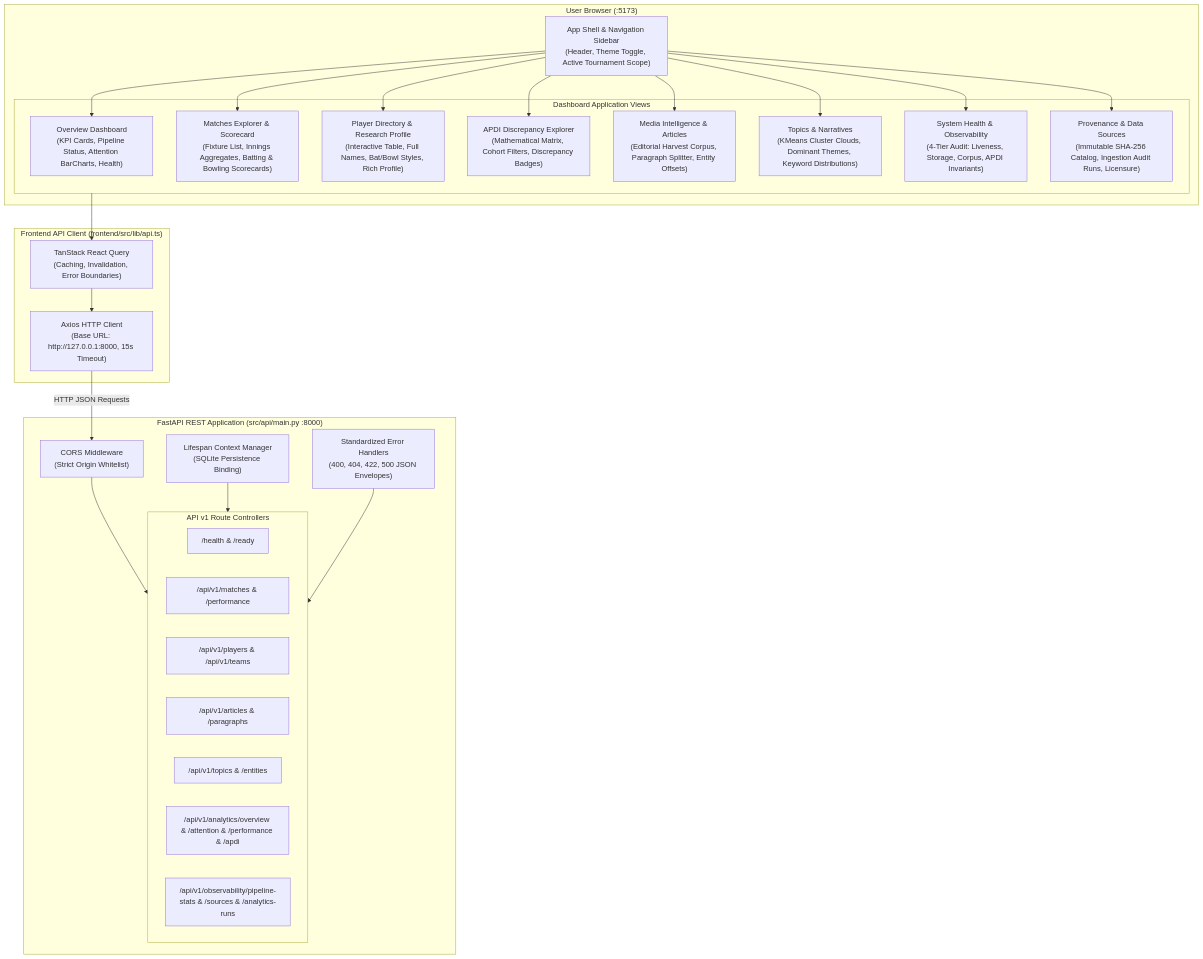
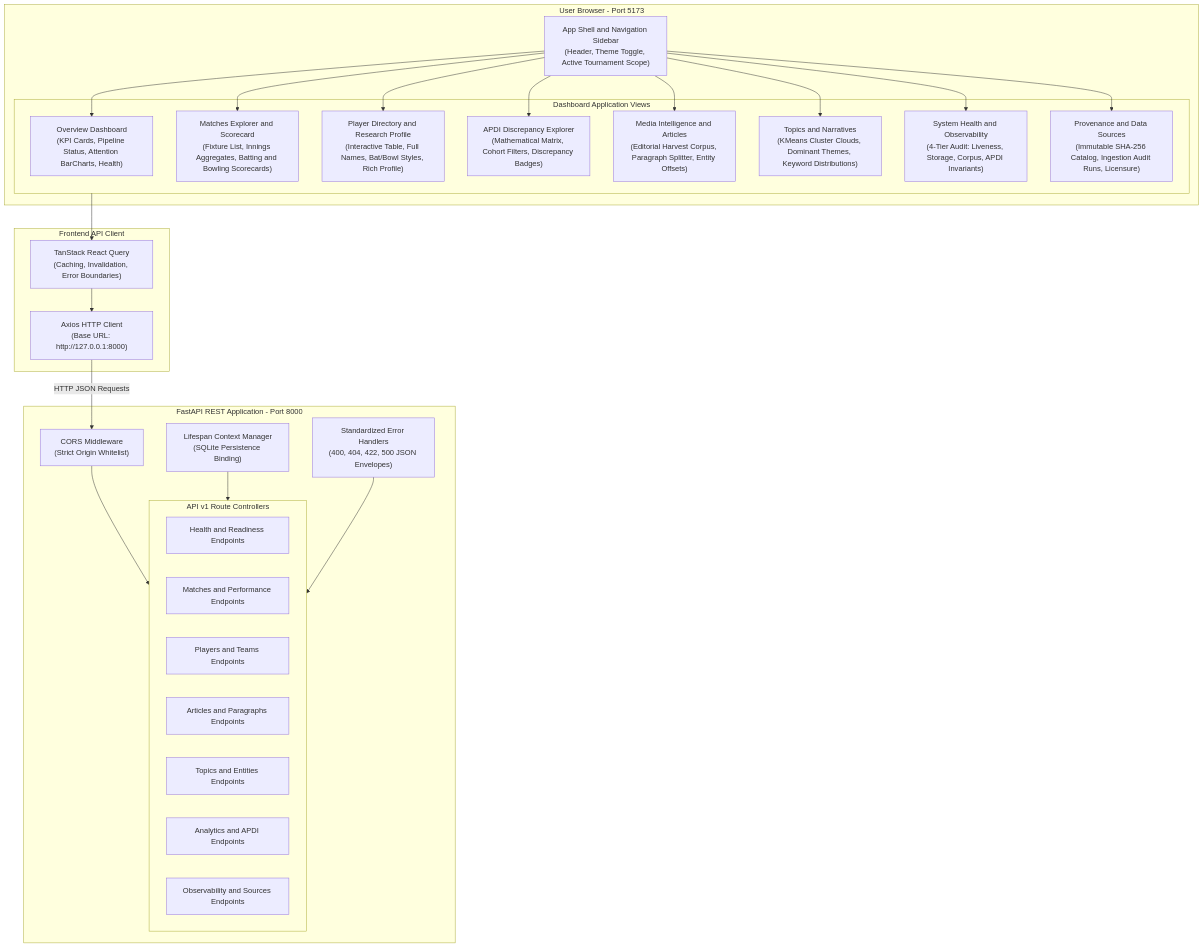
Before and after one commit to Ritesh-panda/T20-Cricket-Intelligence-Platform: the sixth of 7 diagrams in README.md, drawn with Mermaid. The commit also changed other lines of this file, not shown here.

Commit message:
docs(readme): fix GitHub Mermaid syntax errors across all architectural diagrams

````diff
--- a/README.md
+++ b/README.md
@@ -354,56 +354,56 @@
 ```mermaid
 flowchart TB
-    subgraph Browser["User Browser (:5173)"]
-        SHELL["App Shell & Navigation Sidebar\n(Header, Theme Toggle, Active Tournament Scope)"]
+    subgraph Browser["User Browser - Port 5173"]
+        SHELL["App Shell and Navigation Sidebar<br/>(Header, Theme Toggle, Active Tournament Scope)"]
         
         subgraph Views["Dashboard Application Views"]
-            V1["Overview Dashboard\n(KPI Cards, Pipeline Status, Attention BarCharts, Health)"]
-            V2["Matches Explorer & Scorecard\n(Fixture List, Innings Aggregates, Batting & Bowling Scorecards)"]
-            V3["Player Directory & Research Profile\n(Interactive Table, Full Names, Bat/Bowl Styles, Rich Profile)"]
-            V4["APDI Discrepancy Explorer\n(Mathematical Matrix, Cohort Filters, Discrepancy Badges)"]
-            V5["Media Intelligence & Articles\n(Editorial Harvest Corpus, Paragraph Splitter, Entity Offsets)"]
-            V6["Topics & Narratives\n(KMeans Cluster Clouds, Dominant Themes, Keyword Distributions)"]
-            V7["System Health & Observability\n(4-Tier Audit: Liveness, Storage, Corpus, APDI Invariants)"]
-            V8["Provenance & Data Sources\n(Immutable SHA-256 Catalog, Ingestion Audit Runs, Licensure)"]
+            V1["Overview Dashboard<br/>(KPI Cards, Pipeline Status, Attention BarCharts, Health)"]
+            V2["Matches Explorer and Scorecard<br/>(Fixture List, Innings Aggregates, Batting and Bowling Scorecards)"]
+            V3["Player Directory and Research Profile<br/>(Interactive Table, Full Names, Bat/Bowl Styles, Rich Profile)"]
+            V4["APDI Discrepancy Explorer<br/>(Mathematical Matrix, Cohort Filters, Discrepancy Badges)"]
+            V5["Media Intelligence and Articles<br/>(Editorial Harvest Corpus, Paragraph Splitter, Entity Offsets)"]
+            V6["Topics and Narratives<br/>(KMeans Cluster Clouds, Dominant Themes, Keyword Distributions)"]
+            V7["System Health and Observability<br/>(4-Tier Audit: Liveness, Storage, Corpus, APDI Invariants)"]
+            V8["Provenance and Data Sources<br/>(Immutable SHA-256 Catalog, Ingestion Audit Runs, Licensure)"]
         end
 
         SHELL --> V1
         SHELL --> V2
         SHELL --> V3
         SHELL --> V4
         SHELL --> V5
         SHELL --> V6
         SHELL --> V7
         SHELL --> V8
     end
 
-    subgraph ClientLib["Frontend API Client (frontend/src/lib/api.ts)"]
-        RQ["TanStack React Query\n(Caching, Invalidation, Error Boundaries)"]
-        AXIOS["Axios HTTP Client\n(Base URL: http://127.0.0.1:8000, 15s Timeout)"]
+    subgraph ClientLib["Frontend API Client"]
+        RQ["TanStack React Query<br/>(Caching, Invalidation, Error Boundaries)"]
+        AXIOS["Axios HTTP Client<br/>(Base URL: http://127.0.0.1:8000)"]
         RQ --> AXIOS
     end
 
     Views --> RQ
 
-    subgraph BackendAPI["FastAPI REST Application (src/api/main.py :8000)"]
-        CORS["CORS Middleware\n(Strict Origin Whitelist)"]
-        LIFE["Lifespan Context Manager\n(SQLite Persistence Binding)"]
-        ERR["Standardized Error Handlers\n(400, 404, 422, 500 JSON Envelopes)"]
+    subgraph BackendAPI["FastAPI REST Application - Port 8000"]
+        CORS["CORS Middleware<br/>(Strict Origin Whitelist)"]
+        LIFE["Lifespan Context Manager<br/>(SQLite Persistence Binding)"]
+        ERR["Standardized Error Handlers<br/>(400, 404, 422, 500 JSON Envelopes)"]
         
         subgraph Routers["API v1 Route Controllers"]
-            R_HEALTH["/health & /ready"]
-            R_MATCH["/api/v1/matches & /performance"]
-            R_PLAY["/api/v1/players & /api/v1/teams"]
-            R_ART["/api/v1/articles & /paragraphs"]
-            R_NLP["/api/v1/topics & /entities"]
-            R_ANLY["/api/v1/analytics/overview & /attention & /performance & /apdi"]
-            R_OBS["/api/v1/observability/pipeline-stats & /sources & /analytics-runs"]
+            R_HEALTH["Health and Readiness Endpoints"]
+            R_MATCH["Matches and Performance Endpoints"]
+            R_PLAY["Players and Teams Endpoints"]
+            R_ART["Articles and Paragraphs Endpoints"]
+            R_NLP["Topics and Entities Endpoints"]
+            R_ANLY["Analytics and APDI Endpoints"]
+            R_OBS["Observability and Sources Endpoints"]
         end
 
         CORS --> Routers
         LIFE --> Routers
         ERR --> Routers
     end
 
     AXIOS -->|HTTP JSON Requests| CORS
 ```
````
